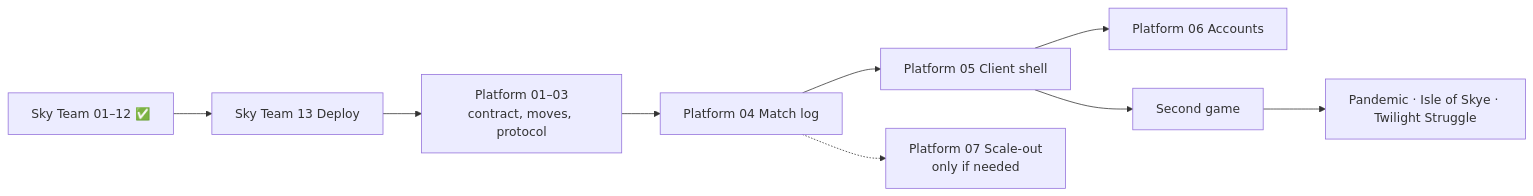
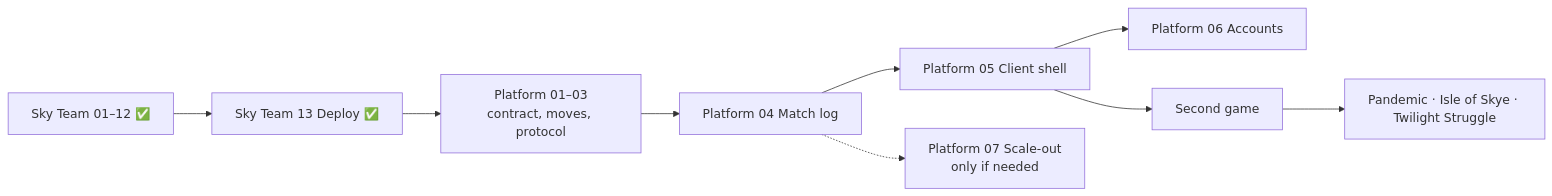
One commit to thawmisntme4081/boardgame changed the diagram in docs/PLAN.md. Above: the diagram before and after it, drawn with Mermaid. The commit also changed other lines of this file and 5 other files, not shown here.

````diff
--- a/docs/PLAN.md
+++ b/docs/PLAN.md
@@ -34,10 +34,10 @@
 ```mermaid
 flowchart LR
-  ST[Sky Team 01–12 ✅] --> ST13[Sky Team 13 Deploy]
+  ST[Sky Team 01–12 ✅] --> ST13[Sky Team 13 Deploy ✅]
   ST13 --> P1[Platform 01–03<br/>contract, moves, protocol]
   P1 --> P4[Platform 04 Match log] --> P5[Platform 05 Client shell]
   P5 --> P6[Platform 06 Accounts]
   P5 --> G2[Second game]
   G2 --> BIG[Pandemic · Isle of Skye · Twilight Struggle]
   P4 -.-> P7[Platform 07 Scale-out<br/>only if needed]
 ```
````
